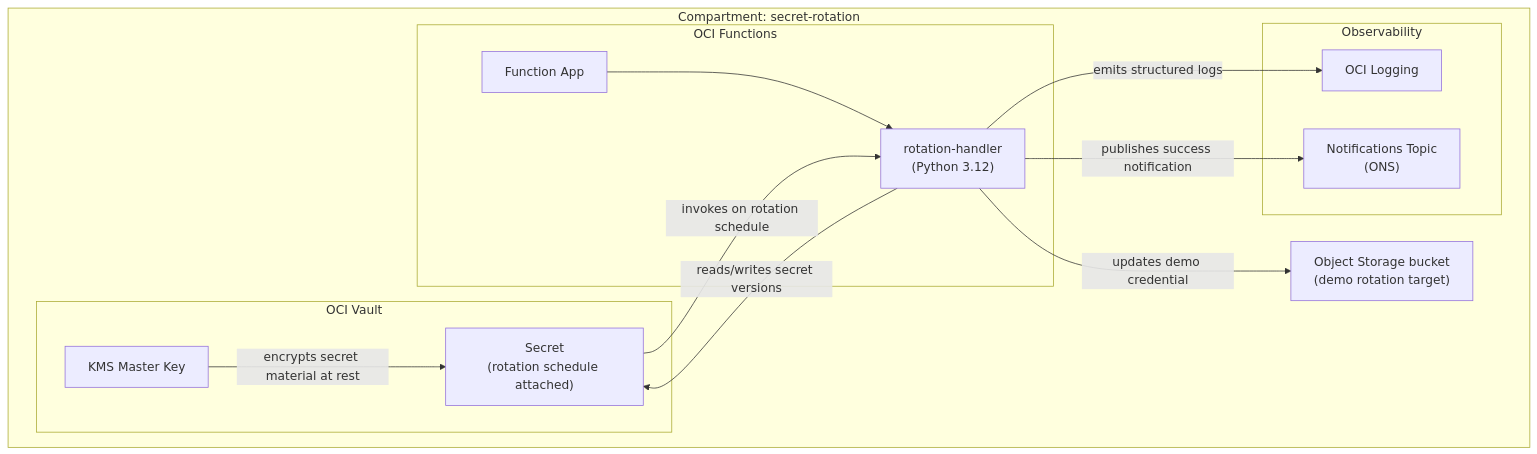
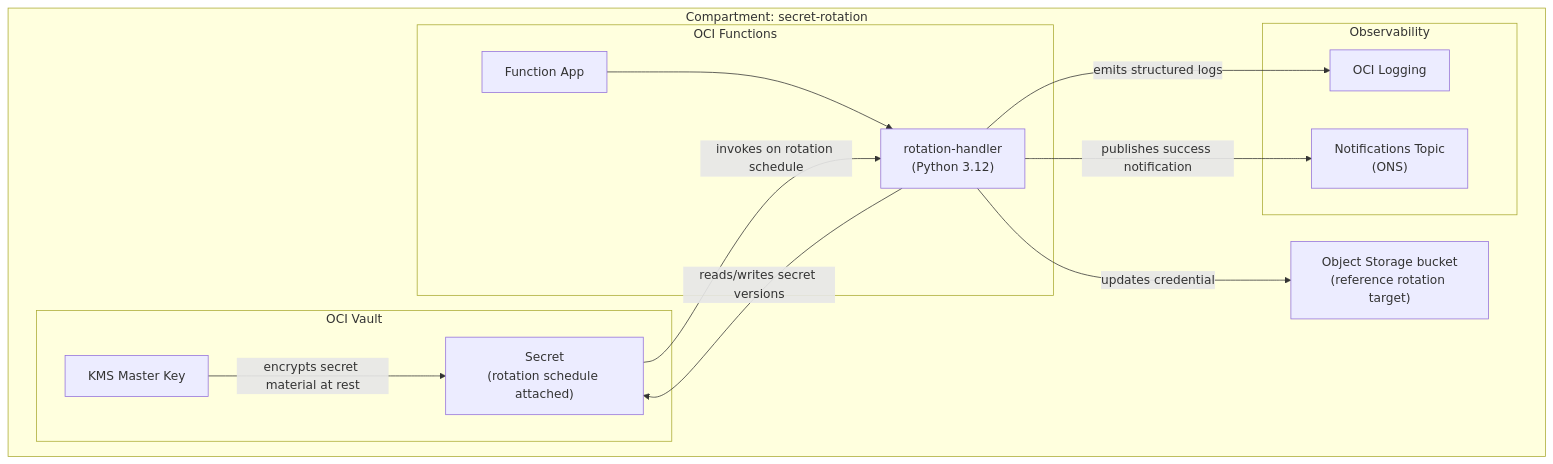
Before and after one commit to perspectivism/oci-secret-rotation: the first of 3 diagrams in docs/design.md, drawn with Mermaid. The commit also changed other lines of this file and 27 other files, not shown here.

````diff
--- a/docs/design.md
+++ b/docs/design.md
@@ -57,29 +57,29 @@
 ```mermaid
 graph TD
     subgraph compartment["Compartment: secret-rotation"]
         subgraph vault_group["OCI Vault"]
             KMS["KMS Master Key"]
             SEC["Secret<br/>(rotation schedule attached)"]
             KMS -- "encrypts secret material at rest" --> SEC
         end
 
         subgraph fn_group["OCI Functions"]
             FNA["Function App"]
             FN["rotation-handler<br/>(Python 3.12)"]
             FNA --> FN
         end
 
-        MT["Object Storage bucket<br/>(demo rotation target)"]
+        MT["Object Storage bucket<br/>(reference rotation target)"]
 
         subgraph obs["Observability"]
             LG["OCI Logging"]
             NT["Notifications Topic<br/>(ONS)"]
         end
 
         SEC -- "invokes on rotation schedule" --> FN
         FN -- "reads/writes secret versions" --> SEC
-        FN -- "updates demo credential" --> MT
+        FN -- "updates credential" --> MT
         FN -- "emits structured logs" --> LG
         FN -- "publishes success notification" --> NT
     end
 ```
````
